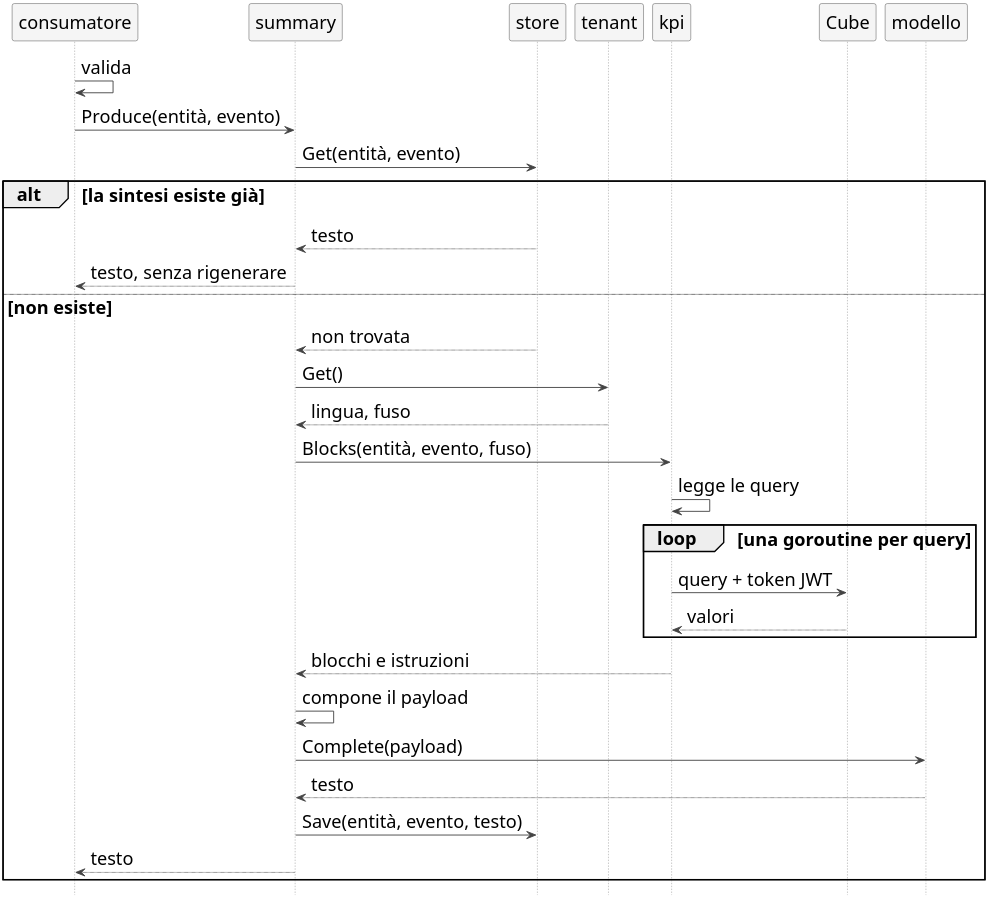
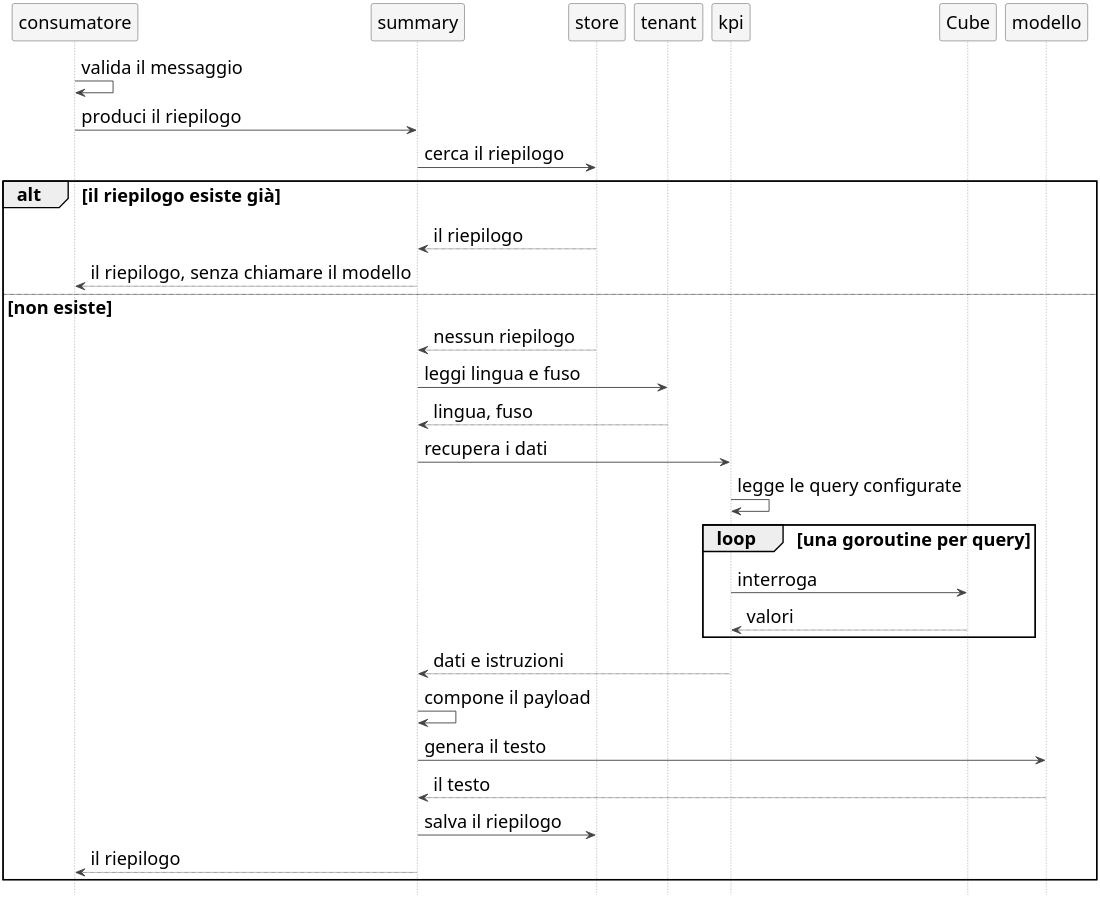
The diagram in tesi/puml/sequenza-produzione.puml (sass0lino/tesi_gio_unipd), drawn with PlantUML before and after one commit. The commit also changed 6 other files, not shown here.

```diff
--- a/tesi/puml/sequenza-produzione.puml
+++ b/tesi/puml/sequenza-produzione.puml
@@ -1,49 +1,49 @@
 @startuml sequenza-produzione
 skinparam dpi 300
 skinparam shadowing false
 skinparam defaultFontSize 20
 skinparam sequenceMessageAlign left
 skinparam ArrowColor #444444
 skinparam ParticipantBorderColor #444444
 skinparam ParticipantBackgroundColor #F5F5F5
 skinparam SequenceLifeLineBorderColor #888888
 hide footbox
 
 participant "consumatore" as C
 participant "summary" as S
 participant "store" as ST
 participant "tenant" as T
 participant "kpi" as K
 participant "Cube" as CUBE
 participant "modello" as LLM
 
-C -> C: valida
-C -> S: Produce(entità, evento)
+C -> C: valida il messaggio
+C -> S: produci il riepilogo
 
-S -> ST: Get(entità, evento)
-alt la sintesi esiste già
-  ST --> S: testo
-  S --> C: testo, senza rigenerare
+S -> ST: cerca il riepilogo
+alt il riepilogo esiste già
+  ST --> S: il riepilogo
+  S --> C: il riepilogo, senza chiamare il modello
 else non esiste
-  ST --> S: non trovata
+  ST --> S: nessun riepilogo
 
-  S -> T: Get()
+  S -> T: leggi lingua e fuso
   T --> S: lingua, fuso
 
-  S -> K: Blocks(entità, evento, fuso)
-  K -> K: legge le query
+  S -> K: recupera i dati
+  K -> K: legge le query configurate
   loop una goroutine per query
-    K -> CUBE: query + token JWT
+    K -> CUBE: interroga
     CUBE --> K: valori
   end
-  K --> S: blocchi e istruzioni
+  K --> S: dati e istruzioni
 
   S -> S: compone il payload
-  S -> LLM: Complete(payload)
-  LLM --> S: testo
+  S -> LLM: genera il testo
+  LLM --> S: il testo
 
-  S -> ST: Save(entità, evento, testo)
-  S --> C: testo
+  S -> ST: salva il riepilogo
+  S --> C: il riepilogo
 end
 
 @enduml
```
